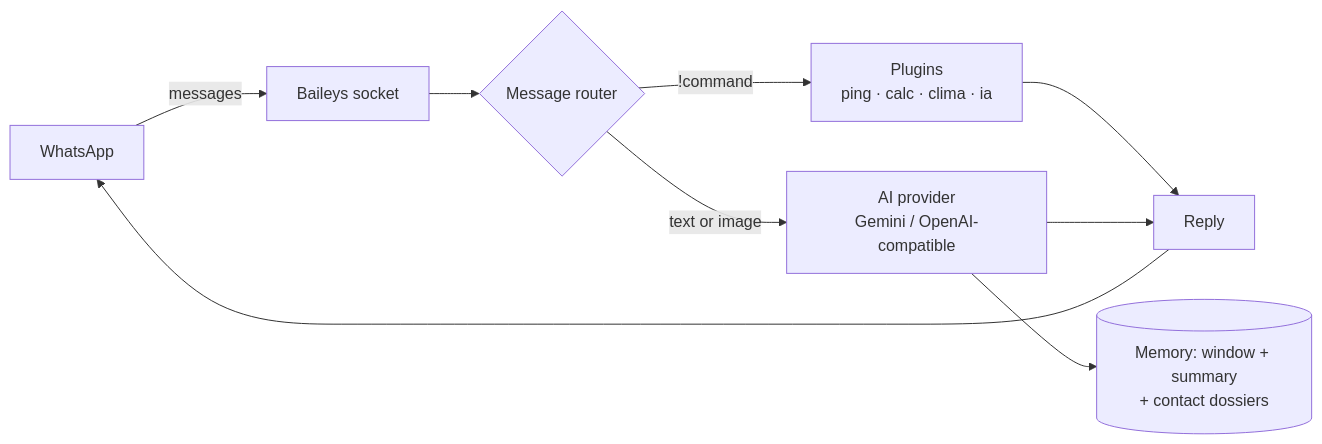
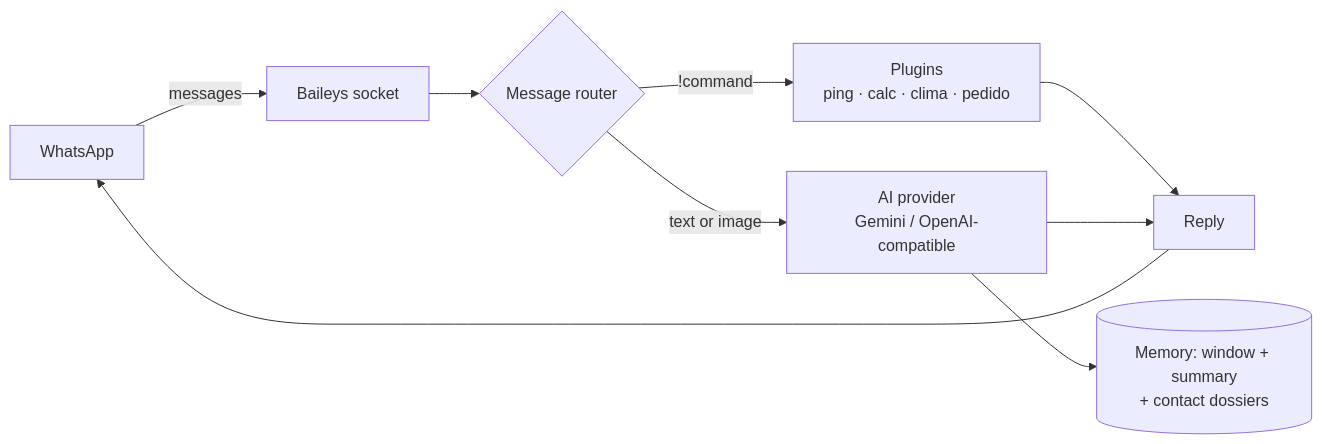
One commit to 987rafa/whatsapp-ai-agent changed the diagram in README.md. Above: the diagram before and after it, drawn with Mermaid. The commit also changed other lines of this file and 9 other files, not shown here.

````diff
--- a/README.md
+++ b/README.md
@@ -144,11 +160,11 @@
 ```mermaid
 flowchart LR
     WA[WhatsApp] -->|messages| B[Baileys socket]
     B --> R{Message router}
-    R -->|"!command"| P[Plugins<br/>ping · calc · clima · ia]
+    R -->|"!command"| P[Plugins<br/>ping · calc · clima · pedido]
     R -->|text or image| A[AI provider<br/>Gemini / OpenAI-compatible]
     A --> M[(Memory: window + summary<br/>+ contact dossiers)]
     P --> O[Reply]
     A --> O
     O --> WA
 ```
````
